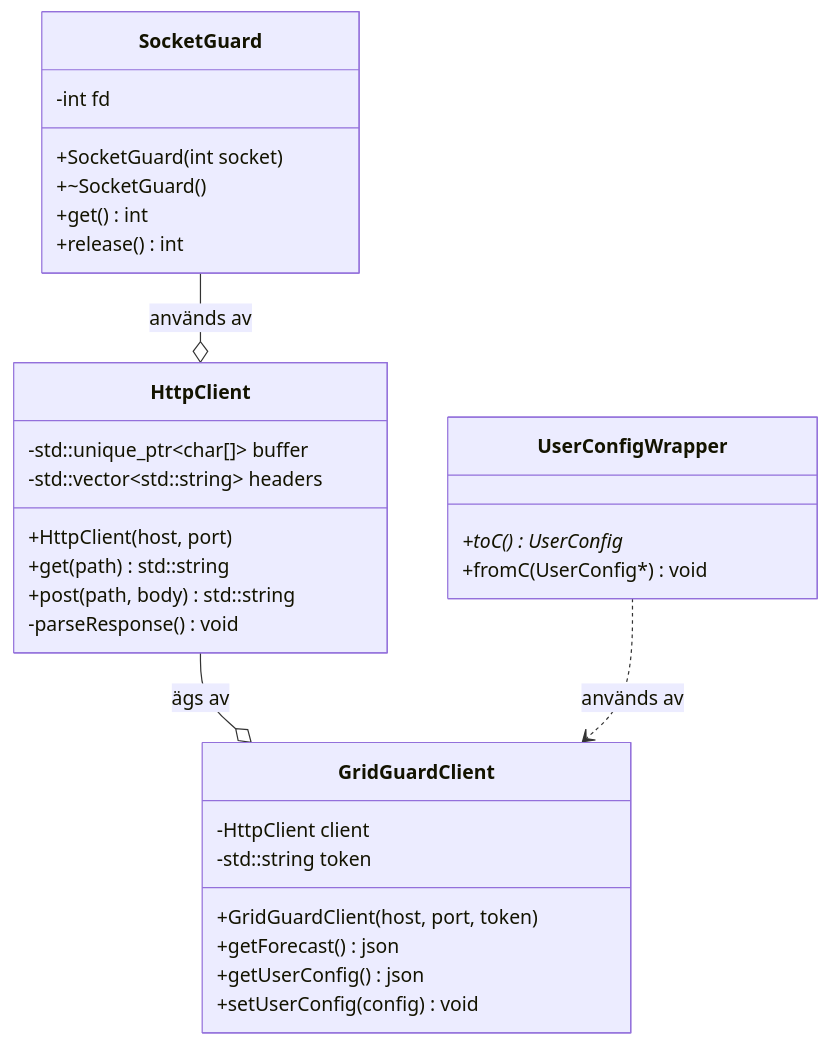
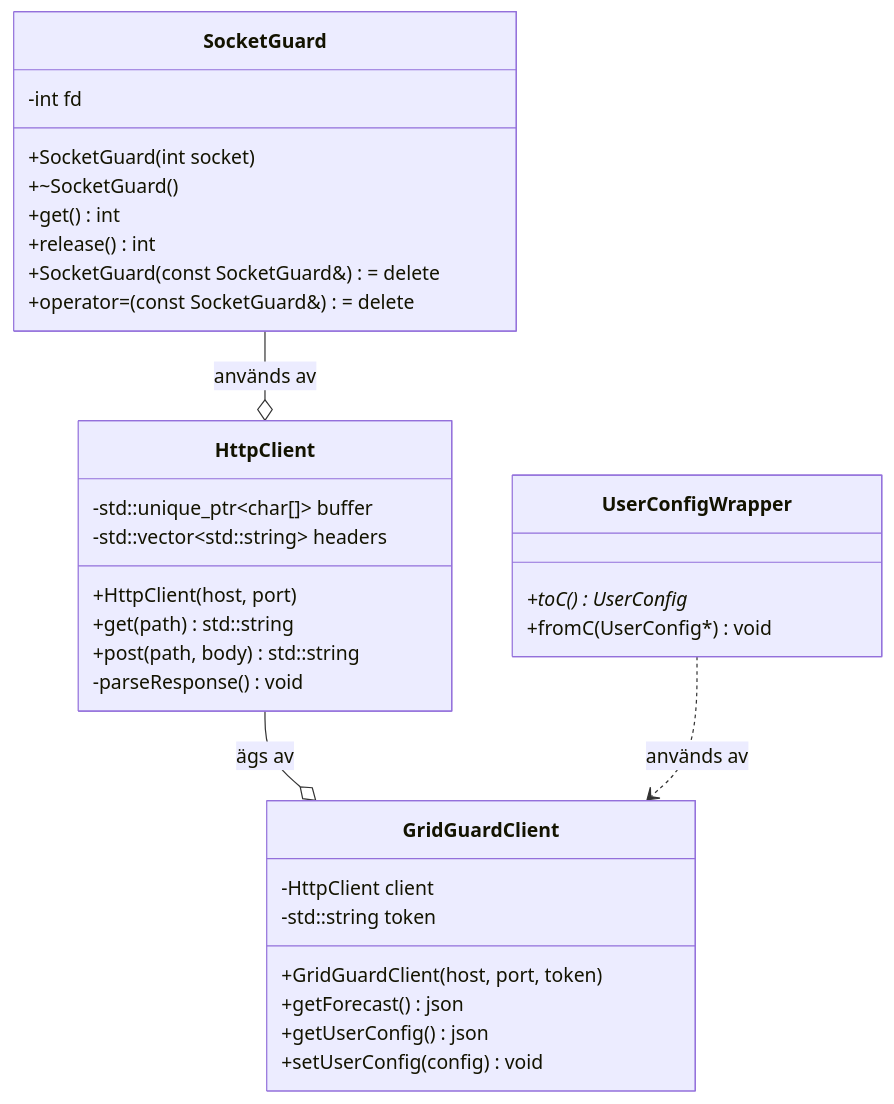
Before and after one commit to allejako/GridGuard: diagram 19 of 19 in docs/ARCHITECTURE.md, drawn with Mermaid. The commit also changed other lines of this file, not shown here.

````diff
--- a/docs/ARCHITECTURE.md
+++ b/docs/ARCHITECTURE.md
@@ -905,37 +902,39 @@
 ```mermaid
 classDiagram
     class SocketGuard {
         -int fd
         +SocketGuard(int socket)
         +~SocketGuard()
         +get() int
         +release() int
+        +SocketGuard(const SocketGuard&) = delete
+        +operator=(const SocketGuard&) = delete
     }
 
     class HttpClient {
         -std::unique_ptr~char[]~ buffer
         -std::vector~std::string~ headers
         +HttpClient(host, port)
         +get(path) std::string
         +post(path, body) std::string
         -parseResponse() void
     }
 
     class GridGuardClient {
         -HttpClient client
         -std::string token
         +GridGuardClient(host, port, token)
         +getForecast() json
         +getUserConfig() json
         +setUserConfig(config) void
     }
 
     class UserConfigWrapper {
         +toC() UserConfig*
         +fromC(UserConfig*) void
     }
 
     SocketGuard --o HttpClient : används av
     HttpClient --o GridGuardClient : ägs av
     UserConfigWrapper ..> GridGuardClient : används av
 ```
````
